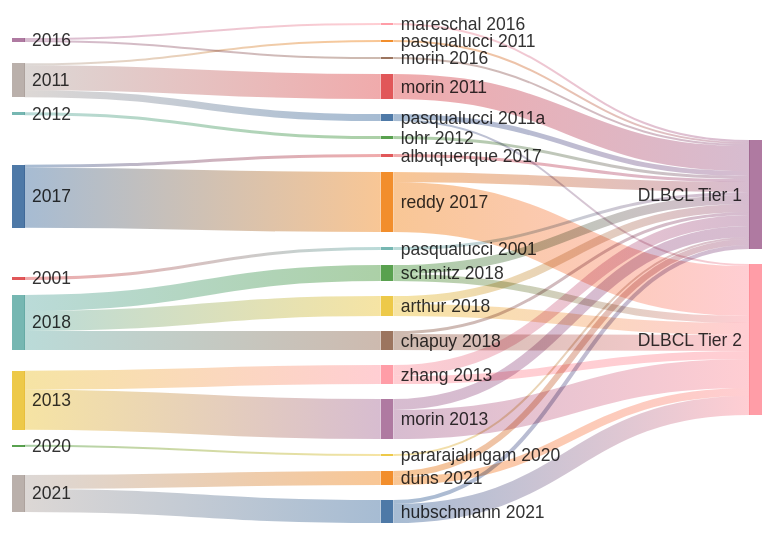
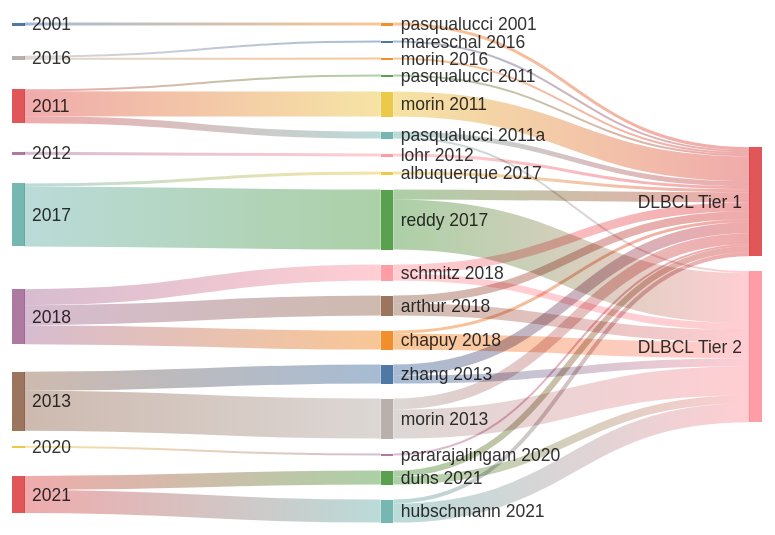
One commit to morinlab/lymphopedia changed the diagram in DLBCL_sankey.md. Above: the diagram before and after it, drawn with Mermaid.

Commit message:
Updated DLBCL_sankey (markdown)

````diff
--- a/DLBCL_sankey.md
+++ b/DLBCL_sankey.md
@@ -1,57 +1,59 @@
 ```mermaid
 ---
 config:
   sankey:
     showValues: false
 ---
 sankey-beta
+2001, pasqualucci 2001, 3
+pasqualucci 2001,DLBCL Tier 1, 3
 2017, reddy 2017, 60
 2017, albuquerque 2017, 3
 2018, schmitz 2018, 16
 2018, arthur 2018, 20
 2016, mareschal 2016, 2
 2016, morin 2016, 2
 2011, pasqualucci 2011a,7
 2011, pasqualucci 2011,2 
 2011, morin 2011, 25
 2012, lohr 2012, 3
 2013, morin 2013, 40
 2013, zhang 2013, 19
 2018, chapuy 2018, 19
 2021, hubschmann 2021, 23
 2021, duns 2021, 14
-2001, pasqualucci 2001, 3
+
 2020, pararajalingam 2020, 2
-pasqualucci 2001,DLBCL Tier 1, 3
+
 pararajalingam 2020,DLBCL Tier 1, 2
 morin 2011,DLBCL Tier 1, 25
 lohr 2012,DLBCL Tier 1, 3
 duns 2021,DLBCL Tier 2, 8
 duns 2021,DLBCL Tier 1, 6
 pasqualucci 2011a,DLBCL Tier 1, 5
 pasqualucci 2011a,DLBCL Tier 2, 2
 pasqualucci 2011,DLBCL Tier 1, 2
 hubschmann 2021,DLBCL Tier 1, 4
 hubschmann 2021,DLBCL Tier 2, 19
 reddy 2017,DLBCL Tier 1, 10
 reddy 2017,DLBCL Tier 2, 50
 chapuy 2018,DLBCL Tier 2, 16
 chapuy 2018,DLBCL Tier 1, 3
 morin 2016,DLBCL Tier 1, 2
 morin 2013,DLBCL Tier 2, 29
 morin 2013,DLBCL Tier 1, 11
 zhang 2013,DLBCL Tier 1, 11
 zhang 2013,DLBCL Tier 2, 8
 mareschal 2016,DLBCL Tier 1, 2
 albuquerque 2017,DLBCL Tier 1, 3
 arthur 2018,DLBCL Tier 2, 12
 arthur 2018,DLBCL Tier 1, 8
 schmitz 2018,DLBCL Tier 2, 7
 schmitz 2018,DLBCL Tier 1, 9
 
 
 
 
 
 
 ```
````
